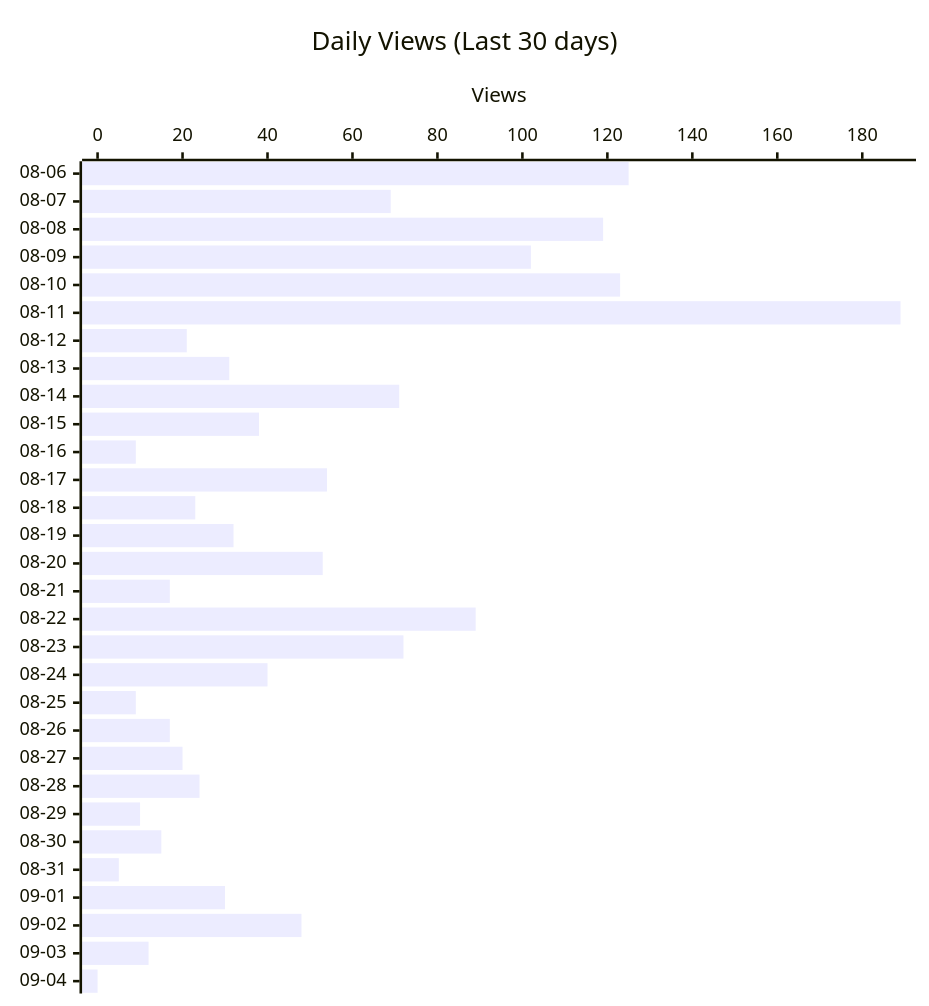
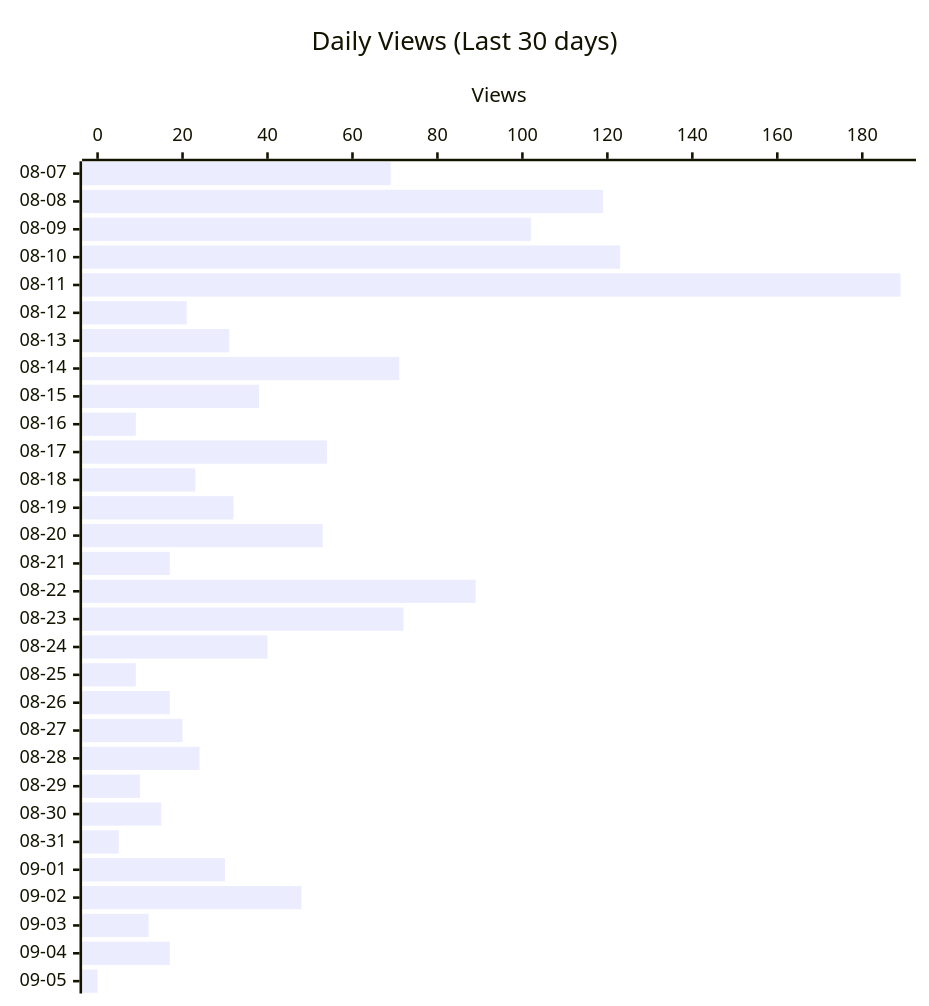
The second of 4 diagrams in README.md (shigechika/github-insights), drawn with Mermaid before and after one commit. The commit also changed other lines of this file and 2 other files, not shown here.

````diff
--- a/README.md
+++ b/README.md
@@ -28,12 +28,12 @@
 ```mermaid
 ---
 config:
   xyChart:
     height: 760
 ---
 xychart-beta horizontal
     title "Daily Views (Last 30 days)"
-    x-axis ["08-06", "08-07", "08-08", "08-09", "08-10", "08-11", "08-12", "08-13", "08-14", "08-15", "08-16", "08-17", "08-18", "08-19", "08-20", "08-21", "08-22", "08-23", "08-24", "08-25", "08-26", "08-27", "08-28", "08-29", "08-30", "08-31", "09-01", "09-02", "09-03", "09-04"]
+    x-axis ["08-07", "08-08", "08-09", "08-10", "08-11", "08-12", "08-13", "08-14", "08-15", "08-16", "08-17", "08-18", "08-19", "08-20", "08-21", "08-22", "08-23", "08-24", "08-25", "08-26", "08-27", "08-28", "08-29", "08-30", "08-31", "09-01", "09-02", "09-03", "09-04", "09-05"]
     y-axis "Views"
-    bar [125, 69, 119, 102, 123, 189, 21, 31, 71, 38, 9, 54, 23, 32, 53, 17, 89, 72, 40, 9, 17, 20, 24, 10, 15, 5, 30, 48, 12, 0]
+    bar [69, 119, 102, 123, 189, 21, 31, 71, 38, 9, 54, 23, 32, 53, 17, 89, 72, 40, 9, 17, 20, 24, 10, 15, 5, 30, 48, 12, 17, 0]
 ```
````
